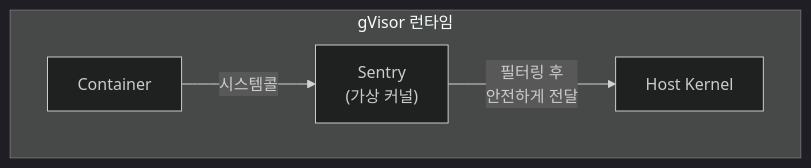
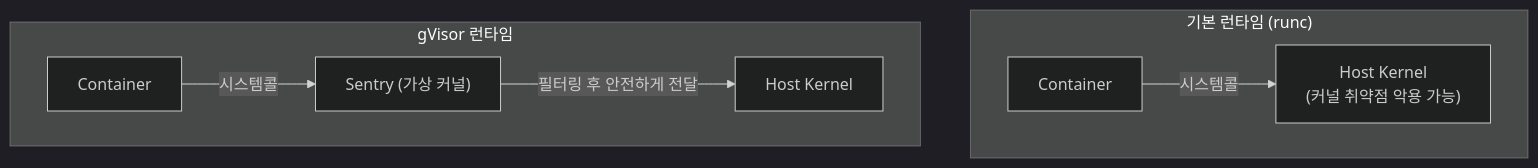
One commit to K-Diger/k-diger.github.io changed the ninth of 16 diagrams in _posts/2026-01-22-kubernetes-security-cks.md. Above: the diagram before and after it, drawn with Mermaid (dark theme). The commit also changed other lines of this file and 13 other files, not shown here.

````diff
--- a/_posts/2026-01-22-kubernetes-security-cks.md
+++ b/_posts/2026-01-22-kubernetes-security-cks.md
@@ -564,7 +568,16 @@
 ```mermaid
 flowchart TB
+    subgraph Runc["기본 런타임 (runc)"]
+        C1[Container]
+        K1["Host Kernel<br/>(커널 취약점 악용 가능)"]
+        C1 -->|시스템콜| K1
+    end
+
     subgraph GVisor["gVisor 런타임"]
-        C2[Container] -->|"시스템콜"| Sentry["Sentry<br>(가상 커널)"]
-        Sentry -->|"필터링 후<br>안전하게 전달"| K2[Host Kernel]
+        C2[Container]
+        Sentry["Sentry (가상 커널)"]
+        K2[Host Kernel]
+        C2 -->|시스템콜| Sentry
+        Sentry -->|필터링 후 안전하게 전달| K2
     end
 ```
````
